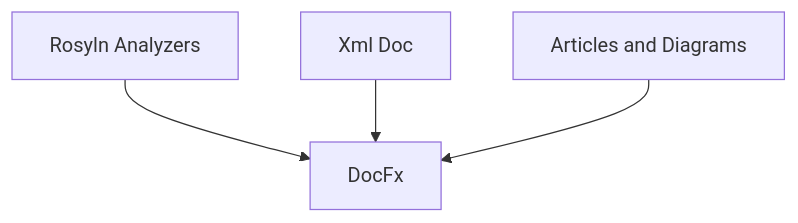
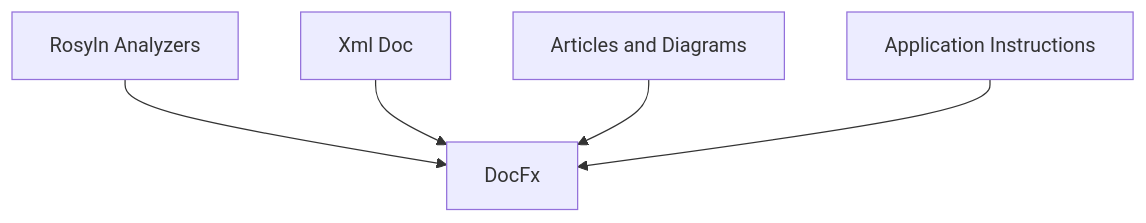
One commit to dpvreony/documentation changed the first of 2 diagrams in src/docfx_project/projects/dpvreony-documentation/index.md. Above: the diagram before and after it, drawn with Mermaid. The commit also changed other lines of this file, not shown here.

````diff
--- a/src/docfx_project/projects/dpvreony-documentation/index.md
+++ b/src/docfx_project/projects/dpvreony-documentation/index.md
@@ -14,6 +14,7 @@
 ```mermaid
 flowchart TD
     A[Rosyln Analyzers] --> D[DocFx]
     B[Xml Doc] --> D
     C[Articles and Diagrams] --> D
+    E[Application Instructions] --> D
 ```
````
